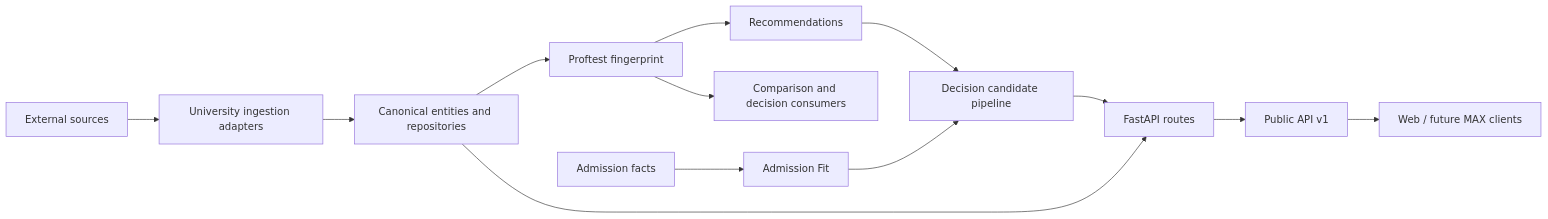
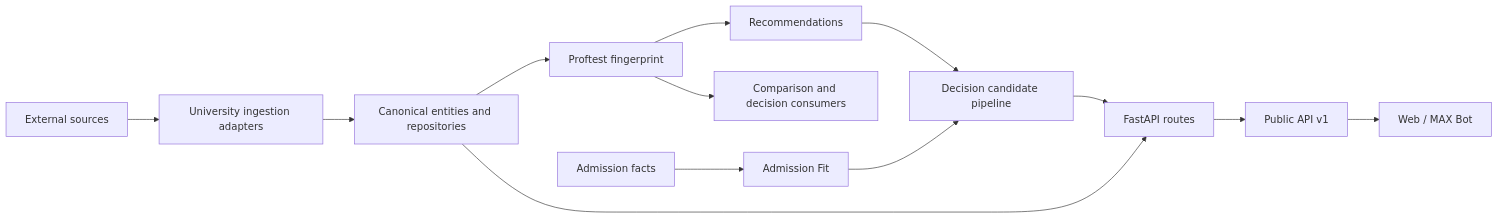
One commit to artemnoor/hackathon-max-andromeda changed the first of 2 diagrams in services/andromeda/docs/architecture/universal-analytics-dependency-graph.md. Above: the diagram before and after it, drawn with Mermaid. The commit also changed other lines of this file and 14 other files, not shown here.

````diff
--- a/services/andromeda/docs/architecture/universal-analytics-dependency-graph.md
+++ b/services/andromeda/docs/architecture/universal-analytics-dependency-graph.md
@@ -7,15 +7,15 @@
 ```mermaid
 flowchart LR
   sources[External sources] --> ingestion[University ingestion adapters]
   ingestion --> canonical[Canonical entities and repositories]
   canonical --> proftest[Proftest fingerprint]
   proftest --> recommendations[Recommendations]
   proftest --> comparison[Comparison and decision consumers]
   admissions[Admission facts] --> admissionfit[Admission Fit]
   admissionfit --> decision[Decision candidate pipeline]
   recommendations --> decision
   canonical --> api[FastAPI routes]
   decision --> api
   api --> public[Public API v1]
-  public --> clients[Web / future MAX clients]
+  public --> clients[Web / MAX Bot]
 ```
````
